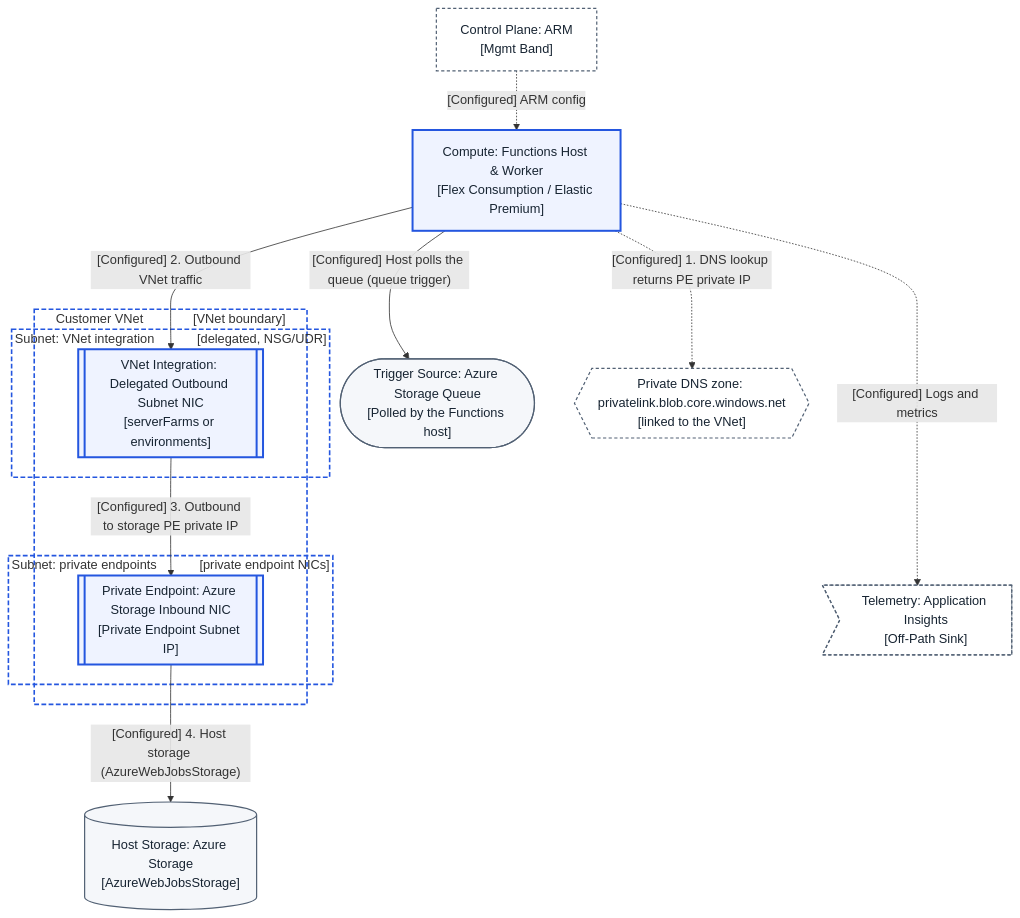
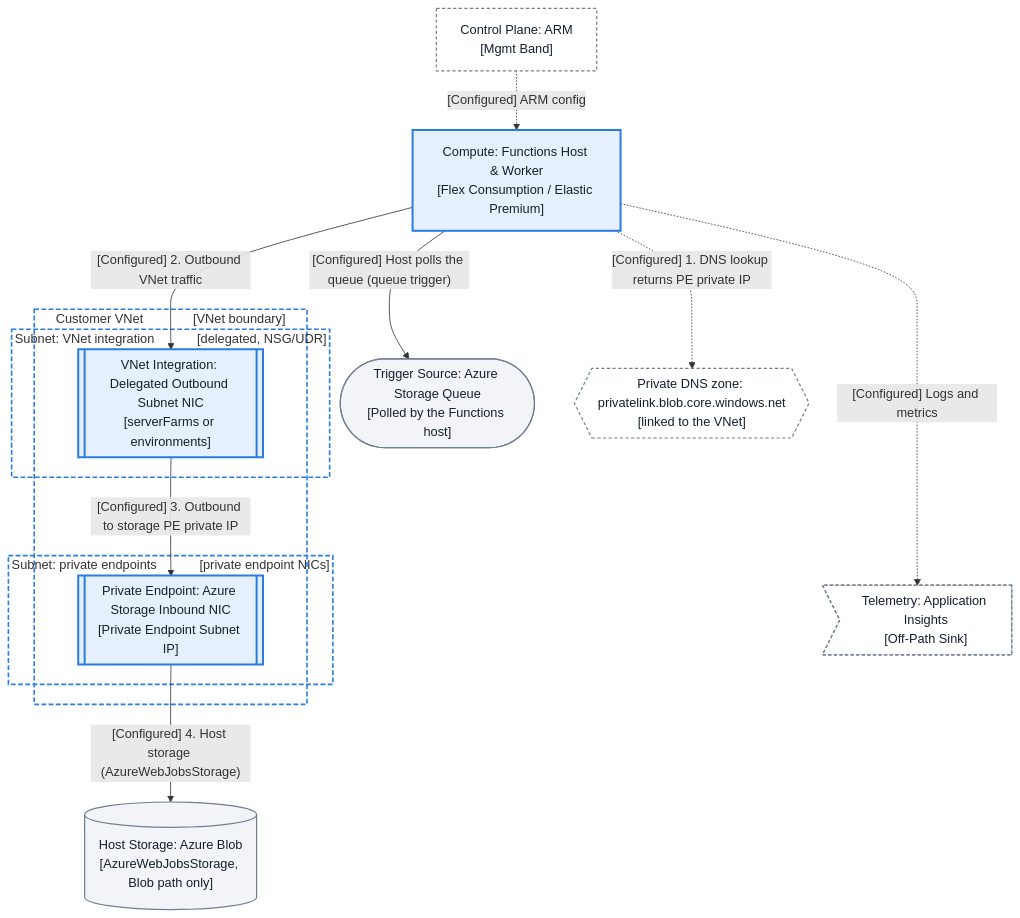
The fifth of 6 diagrams in docs/reference/diagram-topology-grammar.md (yeongseon/azure-app-service-practical-guide), drawn with Mermaid before and after one commit. The commit also changed other lines of this file and 1 other file, not shown here.

First line of the commit message:
docs(diagrams): make the topology grammar self-contained and correct its egress vocabulary

````diff
--- a/docs/reference/diagram-topology-grammar.md
+++ b/docs/reference/diagram-topology-grammar.md
@@ -322,35 +323,35 @@
 ```mermaid
 flowchart TD
     accTitle: Azure Functions Topology Adapter Example (Grammar v1)
     accDescr: Shows a Functions host polling a Storage queue trigger source and accessing its required AzureWebJobsStorage account through regional VNet integration and a separate private-endpoint subnet.
     control_plane["Control Plane: ARM<br/>[Mgmt Band]"]
     client(["Trigger Source: Azure Storage Queue<br/>[Polled by the Functions host]"])
     app_runtime["Compute: Functions Host & Worker<br/>[Flex Consumption / Elastic Premium]"]
     dns_fn{{"Private DNS zone: privatelink.blob.core.windows.net<br/>[linked to the VNet]"}}
     subgraph vnet_fn["Customer VNet &nbsp;&nbsp;&nbsp;&nbsp;&nbsp;&nbsp;&nbsp;&nbsp;&nbsp;&nbsp;&nbsp;&nbsp; [VNet boundary]"]
         subgraph subnet_int_fn["Subnet: VNet integration &nbsp;&nbsp;&nbsp;&nbsp;&nbsp;&nbsp;&nbsp;&nbsp;&nbsp;&nbsp; [delegated, NSG/UDR]"]
             vnet_integration[["VNet Integration: Delegated Outbound Subnet NIC<br/>[serverFarms or environments]"]]
         end
         subgraph subnet_pe_fn["Subnet: private endpoints &nbsp;&nbsp;&nbsp;&nbsp;&nbsp;&nbsp;&nbsp;&nbsp;&nbsp;&nbsp; [private endpoint NICs]"]
             pe_storage[["Private Endpoint: Azure Storage Inbound NIC<br/>[Private Endpoint Subnet IP]"]]
         end
     end
-    storage_db[("Host Storage: Azure Storage<br/>[AzureWebJobsStorage]")]
+    storage_db[("Host Storage: Azure Blob<br/>[AzureWebJobsStorage, Blob path only]")]
     telemetry>"Telemetry: Application Insights<br/>[Off-Path Sink]"]
     control_plane -.->|"[Configured] ARM config"| app_runtime
     client ~~~ app_runtime
     app_runtime -->|"[Configured] Host polls the queue (queue trigger)"| client
     app_runtime -.->|"[Configured] 1. DNS lookup returns PE private IP"| dns_fn
     app_runtime -->|"[Configured] 2. Outbound VNet traffic"| vnet_integration
     vnet_integration -->|"[Configured] 3. Outbound to storage PE private IP"| pe_storage
     pe_storage -->|"[Configured] 4. Host storage (AzureWebJobsStorage)"| storage_db
     app_runtime -..->|"[Configured] Logs and metrics"| telemetry
-    classDef baseNeutral fill:#f5f7fa,stroke:#526174,stroke-width:1.5px,color:#172432;
-    classDef focusActive fill:#eff3ff,stroke:#2456df,stroke-width:2.5px,color:#172432;
-    classDef bandMuted fill:#ffffff,stroke:#526174,stroke-width:1.5px,stroke-dasharray:4 3,color:#172432;
-    classDef netBox fill:transparent,stroke:#2456df,stroke-width:2px,stroke-dasharray:6 3;
+    classDef baseNeutral fill:#f2f4f8,stroke:#707e93,stroke-width:1.5px,color:#14202e;
+    classDef focusActive fill:#e6f0fd,stroke:#287ce4,stroke-width:2.5px,color:#14202e;
+    classDef bandMuted fill:#ffffff,stroke:#707e93,stroke-width:1.5px,stroke-dasharray:4 3,color:#14202e;
+    classDef netBox fill:transparent,stroke:#287ce4,stroke-width:2px,stroke-dasharray:6 3;
     class client,storage_db baseNeutral;
     class app_runtime,vnet_integration,pe_storage focusActive;
     class control_plane,telemetry,dns_fn bandMuted;
     class vnet_fn,subnet_int_fn,subnet_pe_fn netBox;
 ```
````
